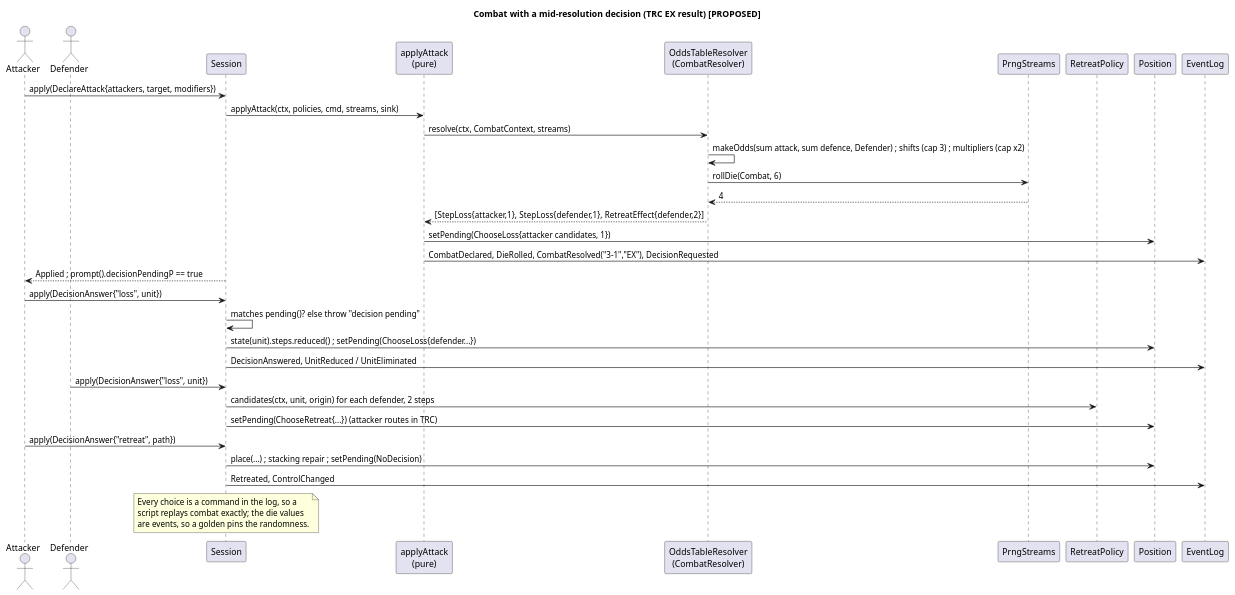
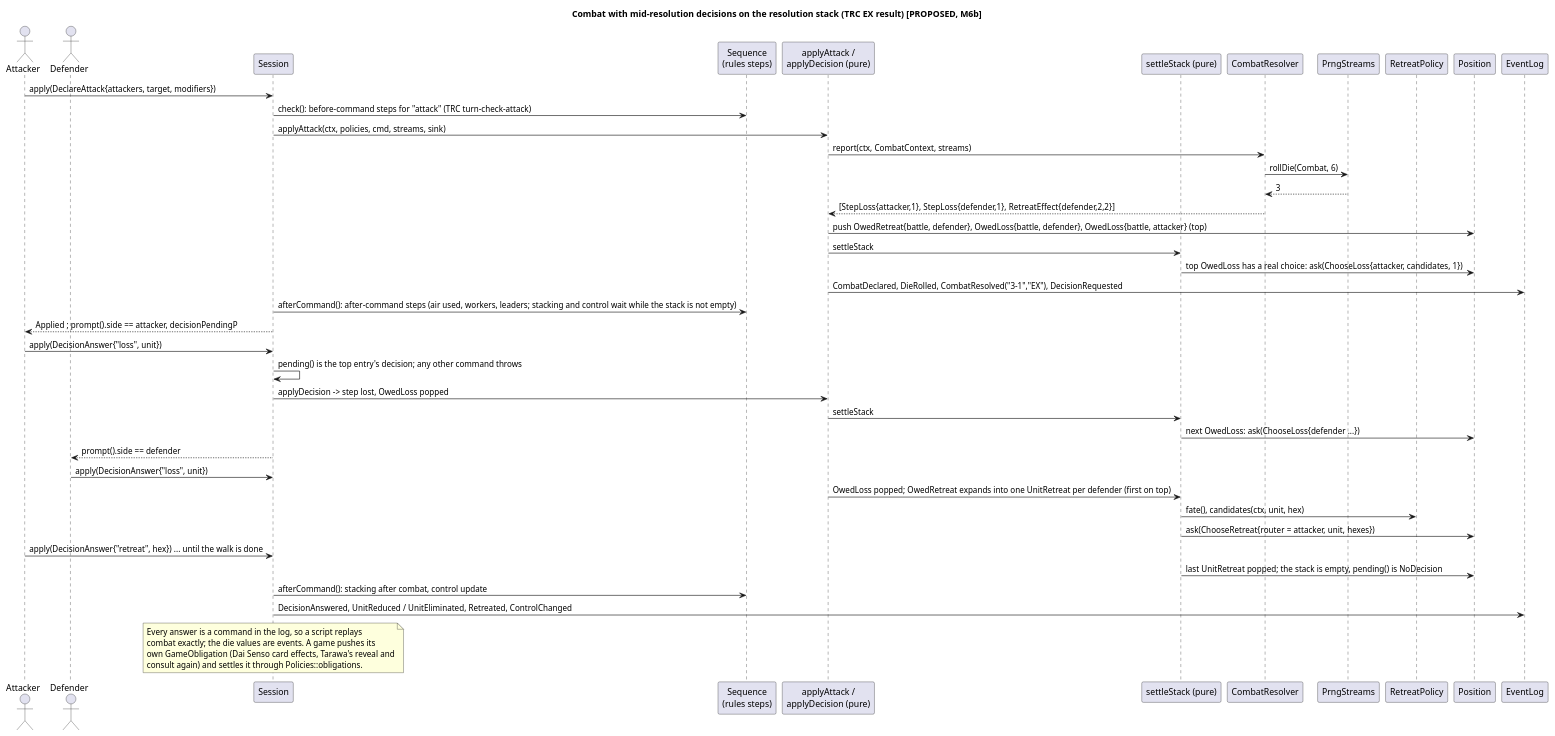
One commit to bwise-7365/titan-alloy changed the diagram in hexgames/uml/seq-combat-with-decision.puml. Above: the diagram before and after it, drawn with PlantUML. The commit also changed 123 other files, not shown here.

```diff
--- a/hexgames/uml/seq-combat-with-decision.puml
+++ b/hexgames/uml/seq-combat-with-decision.puml
@@ -2,41 +2,51 @@
 @startuml seq-combat-with-decision
-title Combat with a mid-resolution decision (TRC EX result) [PROPOSED]
+title Combat with mid-resolution decisions on the resolution stack (TRC EX result) [PROPOSED, M6b]
 
 actor Attacker
 actor Defender
 participant Session
-participant "applyAttack\n(pure)" as Apply
-participant "OddsTableResolver\n(CombatResolver)" as CRT
+participant "Sequence\n(rules steps)" as Steps
+participant "applyAttack /\napplyDecision (pure)" as Apply
+participant "settleStack (pure)" as Settle
+participant "CombatResolver" as CRT
 participant PrngStreams
 participant RetreatPolicy
 participant Position
 participant EventLog
 
 Attacker -> Session : apply(DeclareAttack{attackers, target, modifiers})
+Session -> Steps : check(): before-command steps for "attack" (TRC turn-check-attack)
 Session -> Apply : applyAttack(ctx, policies, cmd, streams, sink)
-Apply -> CRT : resolve(ctx, CombatContext, streams)
-CRT -> CRT : makeOdds(sum attack, sum defence, Defender) ; shifts (cap 3) ; multipliers (cap x2)
+Apply -> CRT : report(ctx, CombatContext, streams)
 CRT -> PrngStreams : rollDie(Combat, 6)
-PrngStreams --> CRT : 4
-CRT --> Apply : [StepLoss{attacker,1}, StepLoss{defender,1}, RetreatEffect{defender,2}]
-Apply -> Position : setPending(ChooseLoss{attacker candidates, 1})
+PrngStreams --> CRT : 3
+CRT --> Apply : [StepLoss{attacker,1}, StepLoss{defender,1}, RetreatEffect{defender,2,2}]
+Apply -> Position : push OwedRetreat{battle, defender}, OwedLoss{battle, defender}, OwedLoss{battle, attacker} (top)
+Apply -> Settle : settleStack
+Settle -> Position : top OwedLoss has a real choice: ask(ChooseLoss{attacker, candidates, 1})
 Apply -> EventLog : CombatDeclared, DieRolled, CombatResolved("3-1","EX"), DecisionRequested
-Session --> Attacker : Applied ; prompt().decisionPendingP == true
+Session -> Steps : afterCommand(): after-command steps (air used, workers, leaders; stacking and control wait while the stack is not empty)
+Session --> Attacker : Applied ; prompt().side == attacker, decisionPendingP
 
 Attacker -> Session : apply(DecisionAnswer{"loss", unit})
-Session -> Session : matches pending()? else throw "decision pending"
-Session -> Position : state(unit).steps.reduced() ; setPending(ChooseLoss{defender...})
-Session -> EventLog : DecisionAnswered, UnitReduced / UnitEliminated
+Session -> Session : pending() is the top entry's decision; any other command throws
+Session -> Apply : applyDecision -> step lost, OwedLoss popped
+Apply -> Settle : settleStack
+Settle -> Position : next OwedLoss: ask(ChooseLoss{defender ...})
+Session --> Defender : prompt().side == defender
 
 Defender -> Session : apply(DecisionAnswer{"loss", unit})
-Session -> RetreatPolicy : candidates(ctx, unit, origin) for each defender, 2 steps
-Session -> Position : setPending(ChooseRetreat{...}) (attacker routes in TRC)
-Attacker -> Session : apply(DecisionAnswer{"retreat", path})
-Session -> Position : place(...) ; stacking repair ; setPending(NoDecision)
-Session -> EventLog : Retreated, ControlChanged
+Apply -> Settle : OwedLoss popped; OwedRetreat expands into one UnitRetreat per defender (first on top)
+Settle -> RetreatPolicy : fate(), candidates(ctx, unit, hex)
+Settle -> Position : ask(ChooseRetreat{router = attacker, unit, hexes})
+Attacker -> Session : apply(DecisionAnswer{"retreat", hex}) ... until the walk is done
+Settle -> Position : last UnitRetreat popped; the stack is empty, pending() is NoDecision
+Session -> Steps : afterCommand(): stacking after combat, control update
+Session -> EventLog : DecisionAnswered, UnitReduced / UnitEliminated, Retreated, ControlChanged
 note over Session
-  Every choice is a command in the log, so a
-  script replays combat exactly; the die values
-  are events, so a golden pins the randomness.
+  Every answer is a command in the log, so a script replays
+  combat exactly; the die values are events. A game pushes its
+  own GameObligation (Dai Senso card effects, Tarawa's reveal and
+  consult again) and settles it through Policies::obligations.
 end note
 @enduml
```
